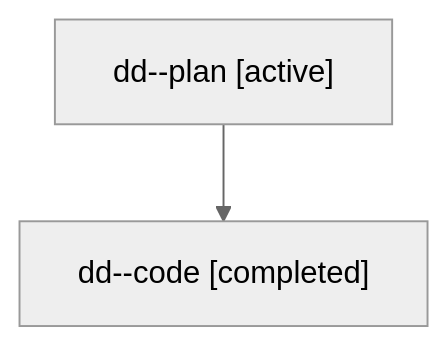
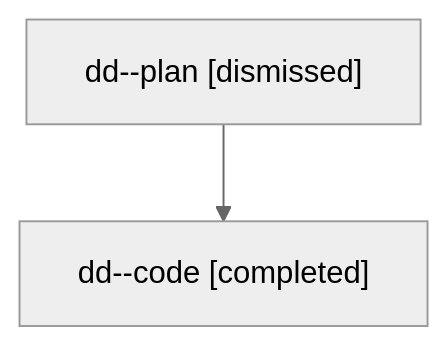
One commit to sase-org/sase--agents changed the diagram in sessions/bbugyi200.athena.dd.md. Above: the diagram before and after it, drawn with Mermaid (neutral theme). The commit also changed other lines of this file and 69 other files, not shown here.

````diff
--- a/sessions/bbugyi200.athena.dd.md
+++ b/sessions/bbugyi200.athena.dd.md
@@ -9,6 +9,6 @@
 ```mermaid
 flowchart TD
-  n0["dd--plan [active]"]
+  n0["dd--plan [dismissed]"]
   n1["dd--code [completed]"]
   n0 --> n1
 ```
````
